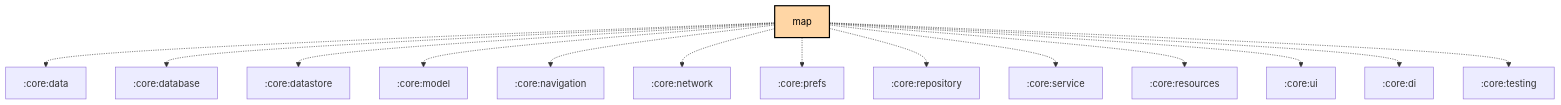
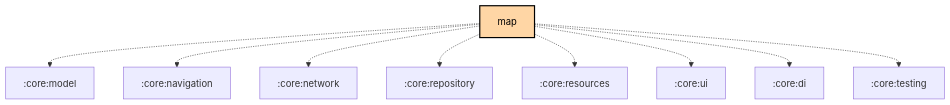
The diagram in feature/map/README.md (meshtastic/Meshtastic-Android), drawn with Mermaid before and after one commit. The commit also changed 14 other files, not shown here.

First line of the commit message:
chore: Scheduled updates (Graphs, Baseline Profile)

````diff
--- a/feature/map/README.md
+++ b/feature/map/README.md
@@ -63,31 +63,26 @@
 ```mermaid
 graph TB
   :feature:map[map]:::kmp-feature
-  :feature:map -.-> :core:data
-  :feature:map -.-> :core:database
-  :feature:map -.-> :core:datastore
   :feature:map -.-> :core:model
   :feature:map -.-> :core:navigation
   :feature:map -.-> :core:network
-  :feature:map -.-> :core:prefs
   :feature:map -.-> :core:repository
-  :feature:map -.-> :core:service
   :feature:map -.-> :core:resources
   :feature:map -.-> :core:ui
   :feature:map -.-> :core:di
   :feature:map -.-> :core:testing
 
 classDef android-application fill:#CAFFBF,stroke:#000,stroke-width:2px,color:#000;
 classDef android-application-compose fill:#CAFFBF,stroke:#000,stroke-width:2px,color:#000;
 classDef compose-desktop-application fill:#CAFFBF,stroke:#000,stroke-width:2px,color:#000;
 classDef android-feature fill:#FFD6A5,stroke:#000,stroke-width:2px,color:#000;
 classDef android-library fill:#9BF6FF,stroke:#000,stroke-width:2px,color:#000;
 classDef android-library-compose fill:#9BF6FF,stroke:#000,stroke-width:2px,color:#000;
 classDef android-test fill:#A0C4FF,stroke:#000,stroke-width:2px,color:#000;
 classDef jvm-library fill:#BDB2FF,stroke:#000,stroke-width:2px,color:#000;
 classDef kmp-feature fill:#FFD6A5,stroke:#000,stroke-width:2px,color:#000;
 classDef kmp-library-compose fill:#FFC1CC,stroke:#000,stroke-width:2px,color:#000;
 classDef kmp-library fill:#FFC1CC,stroke:#000,stroke-width:2px,color:#000;
 classDef unknown fill:#FFADAD,stroke:#000,stroke-width:2px,color:#000;
 
 ```
````
